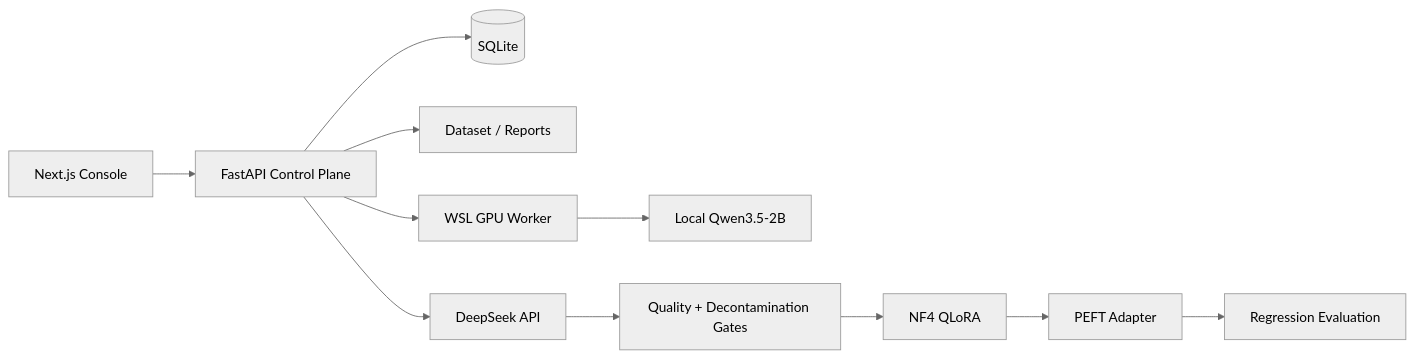
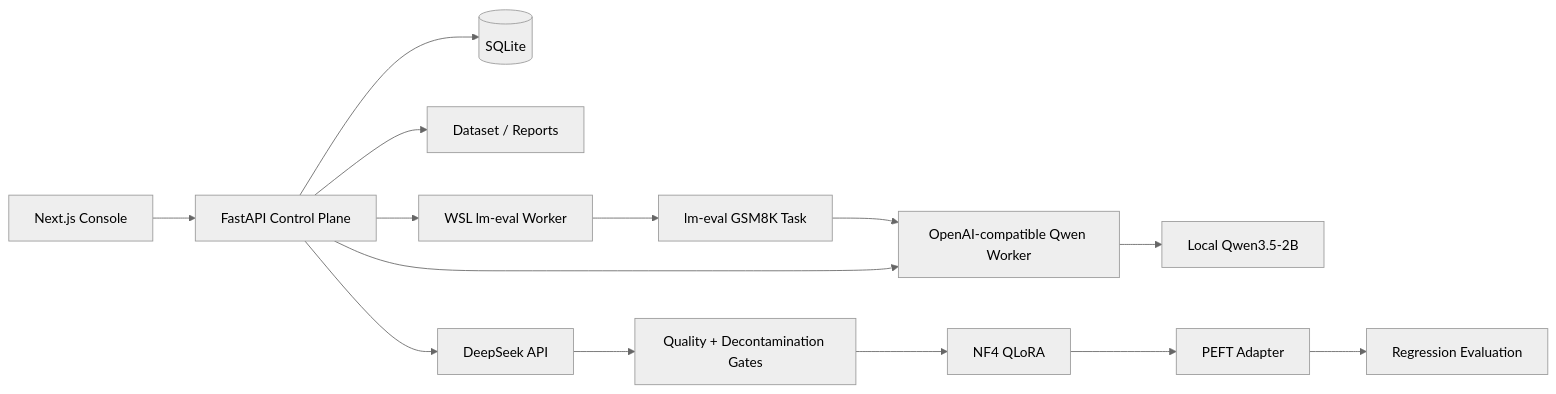
The diagram in README.md (Eric700773/lora-eval-bench), drawn with Mermaid (neutral theme) before and after one commit. The commit also changed other lines of this file and 33 other files, not shown here.

Commit message:
feat: add full lm-eval GSM8K evaluation

````diff
--- a/README.md
+++ b/README.md
@@ -102,13 +121,16 @@
 ```mermaid
 flowchart LR
     UI[Next.js Console] --> API[FastAPI Control Plane]
     API --> DB[(SQLite)]
     API --> DATA[Dataset / Reports]
-    API --> WORKER[WSL GPU Worker]
+    API --> EVALWORKER[WSL lm-eval Worker]
+    EVALWORKER --> HARNESS[lm-eval GSM8K Task]
+    HARNESS --> WORKER[OpenAI-compatible Qwen Worker]
+    API --> WORKER
     WORKER --> QWEN[Local Qwen3.5-2B]
     API --> SYNTH[DeepSeek API]
     SYNTH --> GATE[Quality + Decontamination Gates]
     GATE --> TRAIN[NF4 QLoRA]
     TRAIN --> ADAPTER[PEFT Adapter]
     ADAPTER --> REG[Regression Evaluation]
 ```
````
